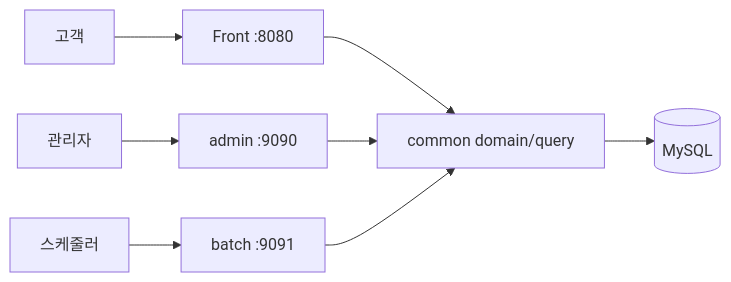
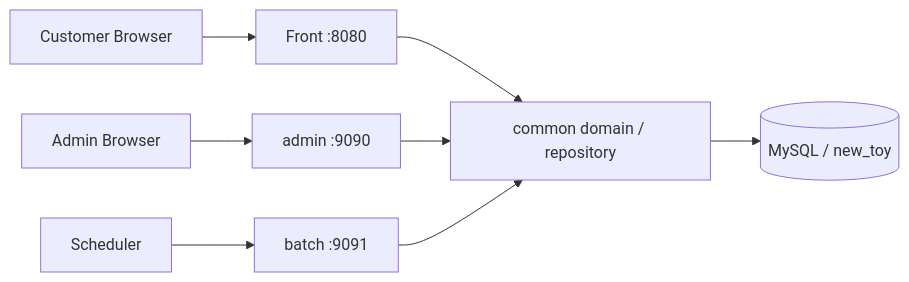
The first of 2 diagrams in README.md (Beomballa/Toy), drawn with Mermaid before and after one commit. The commit also changed other lines of this file and 25 other files, not shown here.

````diff
--- a/README.md
+++ b/README.md
@@ -68,10 +17,11 @@
 ```mermaid
 flowchart LR
-    User[고객] --> Front[Front :8080]
-    AdminUser[관리자] --> Admin[admin :9090]
-    Scheduler[스케줄러] --> Batch[batch :9091]
-    Front --> Common[common domain/query]
+    Customer["Customer Browser"] --> Front["Front :8080"]
+    Operator["Admin Browser"] --> Admin["admin :9090"]
+    Scheduler["Scheduler"] --> Batch["batch :9091"]
+
+    Front --> Common["common domain / repository"]
     Admin --> Common
     Batch --> Common
-    Common --> DB[(MySQL)]
+    Common --> MySQL[("MySQL / new_toy")]
 ```
````
